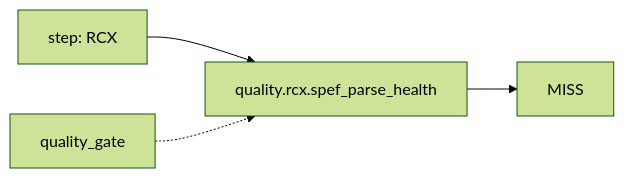
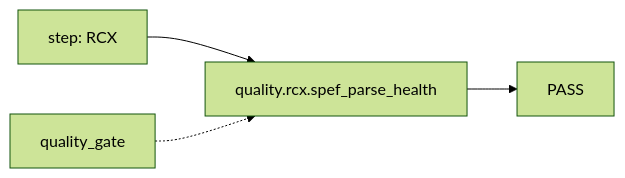
Diagram 14 of 56 in .github/signoff-board/signoff-kanban.md (openecos-projects/ecc), drawn with Mermaid (forest theme) before and after one commit. The commit also changed other lines of this file and 1 other file, not shown here.

````diff
--- a/.github/signoff-board/signoff-kanban.md
+++ b/.github/signoff-board/signoff-kanban.md
@@ -431,6 +441,6 @@
 ```mermaid
 flowchart LR
   step_quality_rcx_spef_parse_health["step: RCX"] --> metric_quality_rcx_spef_parse_health["quality.rcx.spef_parse_health"]
-  metric_quality_rcx_spef_parse_health --> state_quality_rcx_spef_parse_health["MISS"]
+  metric_quality_rcx_spef_parse_health --> state_quality_rcx_spef_parse_health["PASS"]
   cat_quality_rcx_spef_parse_health["quality_gate"] -.-> metric_quality_rcx_spef_parse_health
 ```
````
